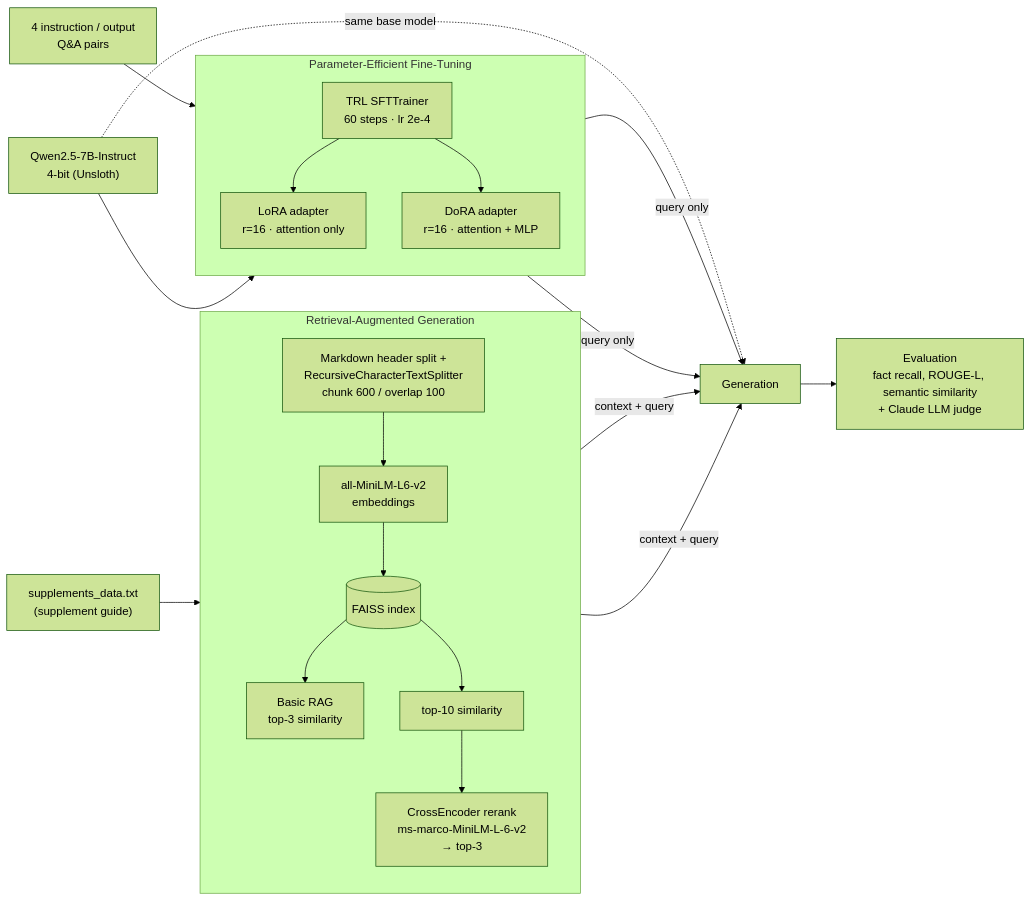
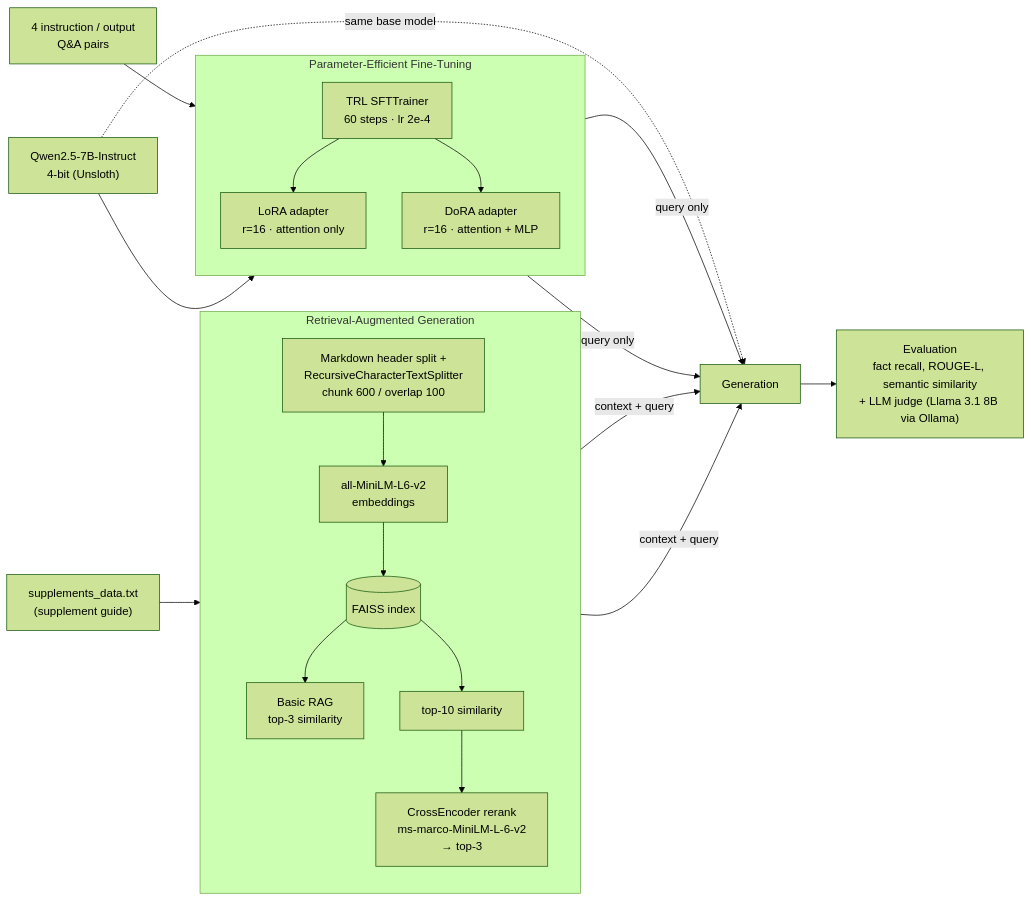
The diagram in README.md (dokturdro/ragvsfinetune), drawn with Mermaid (forest theme) before and after one commit. The commit also changed other lines of this file and 1 other file, not shown here.

Commit message:
Add LLM judge

````diff
--- a/README.md
+++ b/README.md
@@ -11,40 +11,40 @@
 ```mermaid
 flowchart LR
     KB["supplements_data.txt<br/>(supplement guide)"]
     QA["4 instruction / output<br/>Q&A pairs"]
     BASE["Qwen2.5-7B-Instruct<br/>4-bit (Unsloth)"]
 
     subgraph RAG["Retrieval-Augmented Generation"]
         direction TB
         SPLIT["Markdown header split +<br/>RecursiveCharacterTextSplitter<br/>chunk 600 / overlap 100"]
         EMB["all-MiniLM-L6-v2<br/>embeddings"]
         FAISS[("FAISS index")]
         BASIC["Basic RAG<br/>top-3 similarity"]
         TOP10["top-10 similarity"]
         RERANK["CrossEncoder rerank<br/>ms-marco-MiniLM-L-6-v2<br/>→ top-3"]
         SPLIT --> EMB --> FAISS
         FAISS --> BASIC
         FAISS --> TOP10 --> RERANK
     end
 
     subgraph FT["Parameter-Efficient Fine-Tuning"]
         direction TB
         SFT["TRL SFTTrainer<br/>60 steps · lr 2e-4"]
         LORA["LoRA adapter<br/>r=16 · attention only"]
         DORA["DoRA adapter<br/>r=16 · attention + MLP"]
         SFT --> LORA
         SFT --> DORA
     end
 
     KB --> SPLIT
     QA --> SFT
     BASE --> SFT
 
     BASIC -- "context + query" --> GEN["Generation"]
     RERANK -- "context + query" --> GEN
     LORA -- "query only" --> GEN
     DORA -- "query only" --> GEN
     BASE -.->|same base model| GEN
 
-    GEN --> EVAL["Evaluation<br/>fact recall, ROUGE-L, semantic similarity<br/>+ Claude LLM judge"]
+    GEN --> EVAL["Evaluation<br/>fact recall, ROUGE-L, semantic similarity<br/>+ LLM judge (Llama 3.1 8B via Ollama)"]
 ```
````
